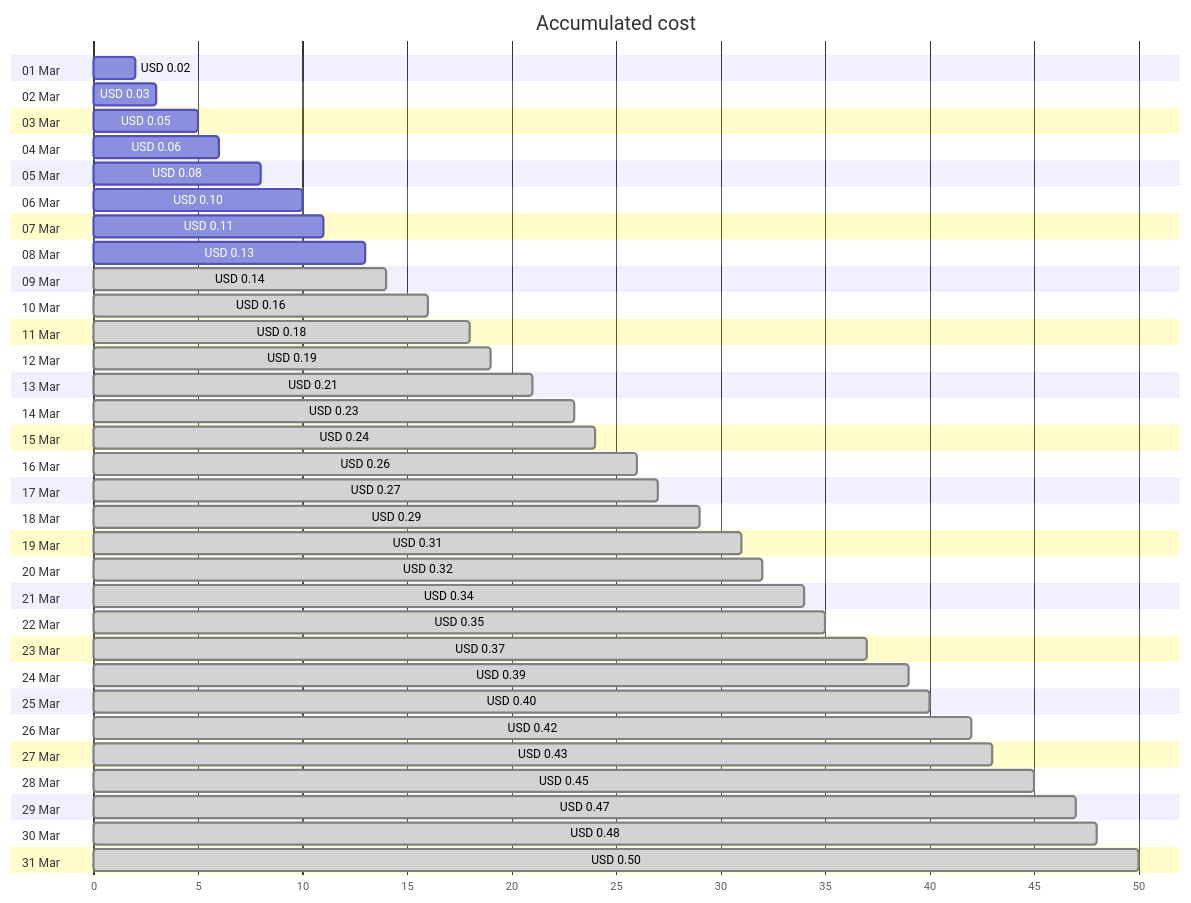
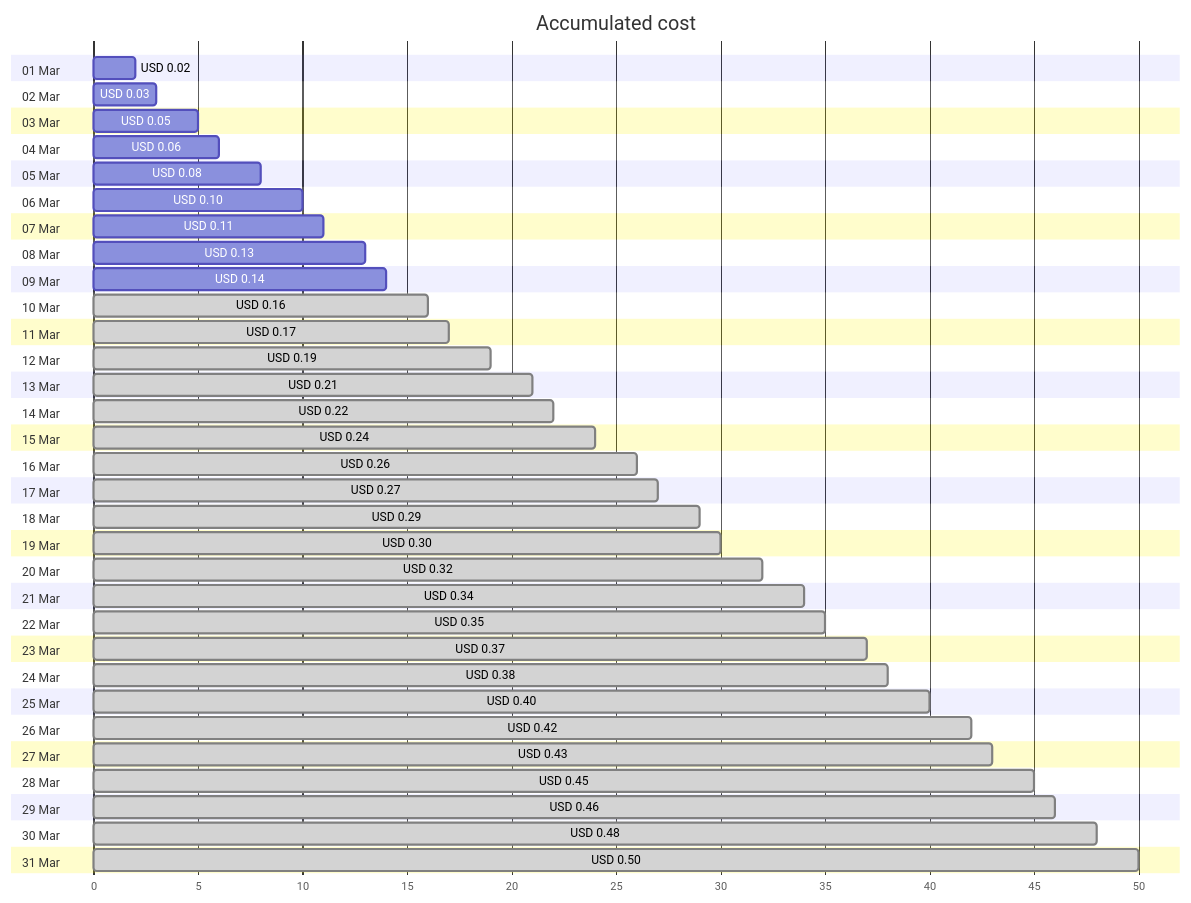
The first of 4 diagrams in cost-reports/personal-network/private.jpatrickfulton.com.md (jpfulton/azure-personal-reports), drawn with Mermaid before and after one commit. The commit also changed other lines of this file and 8 other files, not shown here.

````diff
--- a/cost-reports/personal-network/private.jpatrickfulton.com.md
+++ b/cost-reports/personal-network/private.jpatrickfulton.com.md
@@ -20,68 +20,68 @@
 ```mermaid
 gantt
    title Accumulated cost
    dateFormat  X
    axisFormat %s
    section 01 Mar
    USD 0.02 :0, 2
    section 02 Mar
    USD 0.03 :0, 3
    section 03 Mar
    USD 0.05 :0, 5
    section 04 Mar
    USD 0.06 :0, 6
    section 05 Mar
    USD 0.08 :0, 8
    section 06 Mar
    USD 0.10 :0, 10
    section 07 Mar
    USD 0.11 :0, 11
    section 08 Mar
    USD 0.13 :0, 13
    section 09 Mar
-   USD 0.14 : done, 0, 14
+   USD 0.14 :0, 14
    section 10 Mar
    USD 0.16 : done, 0, 16
    section 11 Mar
-   USD 0.18 : done, 0, 18
+   USD 0.17 : done, 0, 17
    section 12 Mar
    USD 0.19 : done, 0, 19
    section 13 Mar
    USD 0.21 : done, 0, 21
    section 14 Mar
-   USD 0.23 : done, 0, 23
+   USD 0.22 : done, 0, 22
    section 15 Mar
    USD 0.24 : done, 0, 24
    section 16 Mar
    USD 0.26 : done, 0, 26
    section 17 Mar
    USD 0.27 : done, 0, 27
    section 18 Mar
    USD 0.29 : done, 0, 29
    section 19 Mar
-   USD 0.31 : done, 0, 31
+   USD 0.30 : done, 0, 30
    section 20 Mar
    USD 0.32 : done, 0, 32
    section 21 Mar
    USD 0.34 : done, 0, 34
    section 22 Mar
    USD 0.35 : done, 0, 35
    section 23 Mar
    USD 0.37 : done, 0, 37
    section 24 Mar
-   USD 0.39 : done, 0, 39
+   USD 0.38 : done, 0, 38
    section 25 Mar
    USD 0.40 : done, 0, 40
    section 26 Mar
    USD 0.42 : done, 0, 42
    section 27 Mar
    USD 0.43 : done, 0, 43
    section 28 Mar
    USD 0.45 : done, 0, 45
    section 29 Mar
-   USD 0.47 : done, 0, 47
+   USD 0.46 : done, 0, 46
    section 30 Mar
    USD 0.48 : done, 0, 48
    section 31 Mar
    USD 0.50 : done, 0, 50
 ```
````
